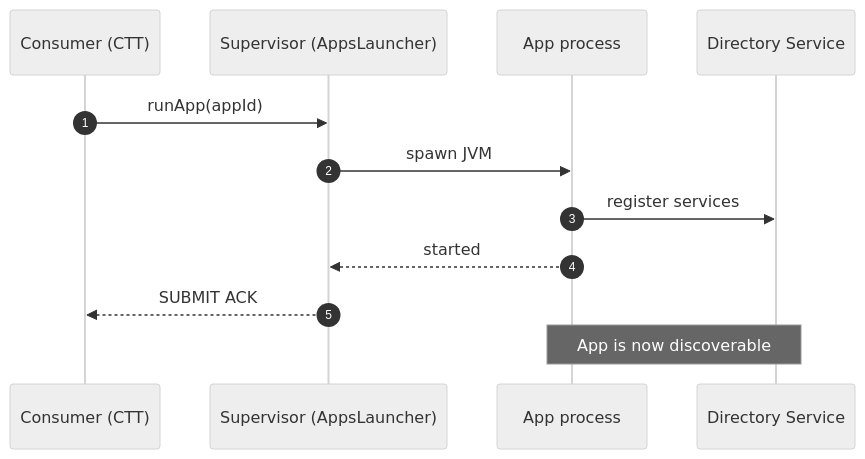
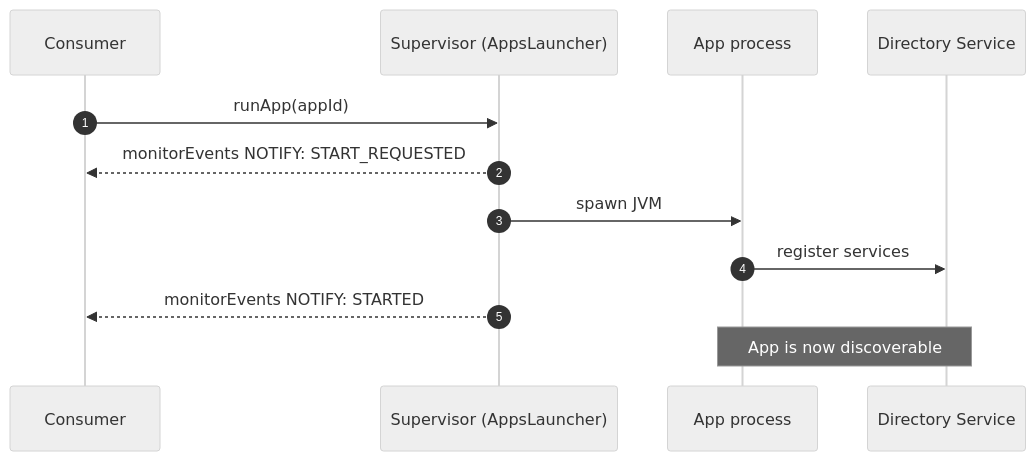
The second of 6 diagrams in docs/source/concepts/lifecycle.rst (esa/nanosat-mo-framework), drawn with Mermaid (neutral theme) before and after one commit. The commit also changed other lines of this file, not shown here.

First line of the commit message:
Updates NMF App Lifecycle docs with monitorEvents flowchart and AppEventType

```diff
--- a/docs/source/concepts/lifecycle.rst
+++ b/docs/source/concepts/lifecycle.rst
@@ -54,14 +88,14 @@
 .. mermaid::
 
     sequenceDiagram
         autonumber
-        participant C as Consumer (CTT)
+        participant C as Consumer
         participant S as Supervisor (AppsLauncher)
         participant A as App process
         participant D as Directory Service
         C->>S: runApp(appId)
+        S-->>C: monitorEvents NOTIFY: START_REQUESTED
         S->>A: spawn JVM
         A->>D: register services
-        A-->>S: started
-        S-->>C: SUBMIT ACK
+        S-->>C: monitorEvents NOTIFY: STARTED
         Note over A,D: App is now discoverable
```
